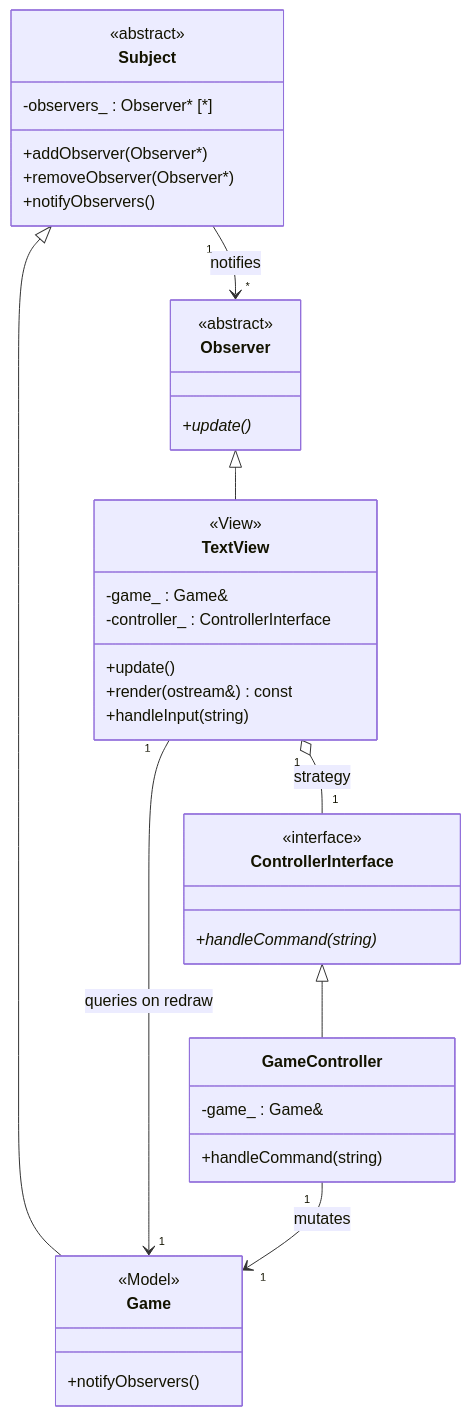
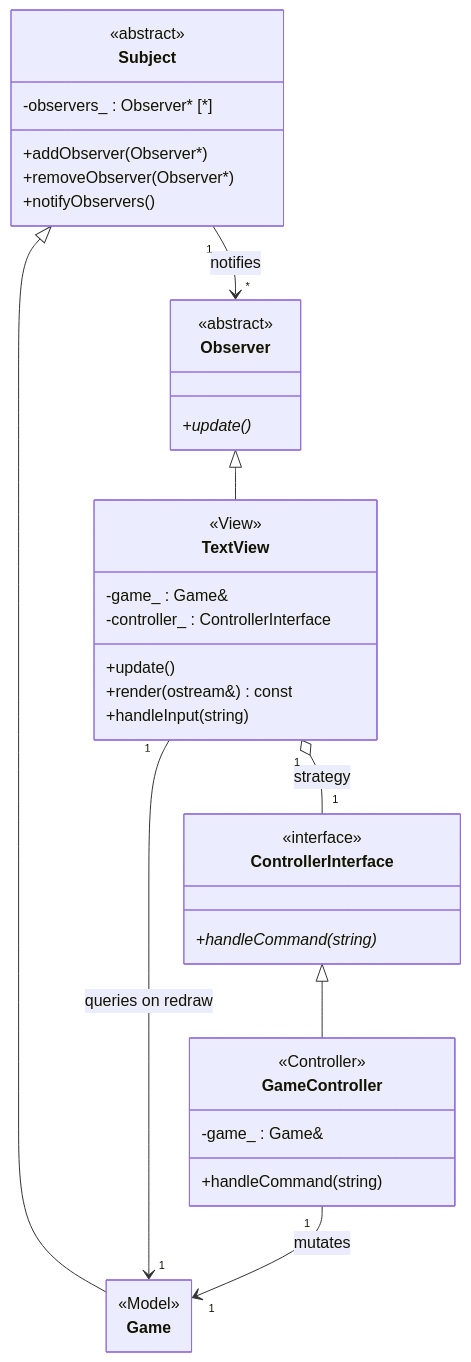
Before and after one commit to jasmehar-k/hungry-hungry-capitalists: the third of 8 diagrams in uml.md, drawn with Mermaid. The commit also changed other lines of this file and 9 other files, not shown here.

Commit message:
align uml and design pattern section with the report requirements

````diff
--- a/uml.md
+++ b/uml.md
@@ -138,49 +544,47 @@
 ```mermaid
 ---
 config:
   class:
     hideEmptyMembersBox: true
 ---
 classDiagram
     direction TB
 
     class Subject {
         <<abstract>>
         +addObserver(Observer*)
         +removeObserver(Observer*)
         +notifyObservers()
         -observers_ : Observer* [*]
     }
     class Observer {
         <<abstract>>
         +update()*
     }
-    class Game {
-        <<Model>>
-        +notifyObservers()
-    }
+    class Game { <<Model>> }
     class TextView {
         <<View>>
         +update()
         +render(ostream&) const
         +handleInput(string)
         -game_ : Game&
         -controller_ : ControllerInterface
     }
     class ControllerInterface {
         <<interface>>
         +handleCommand(string)*
     }
     class GameController {
+        <<Controller>>
         +handleCommand(string)
         -game_ : Game&
     }
 
     Subject <|-- Game
     Observer <|-- TextView
     ControllerInterface <|-- GameController
     Subject "1" --> "*" Observer : notifies
     TextView "1" o-- "1" ControllerInterface : strategy
     TextView "1" --> "1" Game : queries on redraw
     GameController "1" --> "1" Game : mutates
 ```
````
